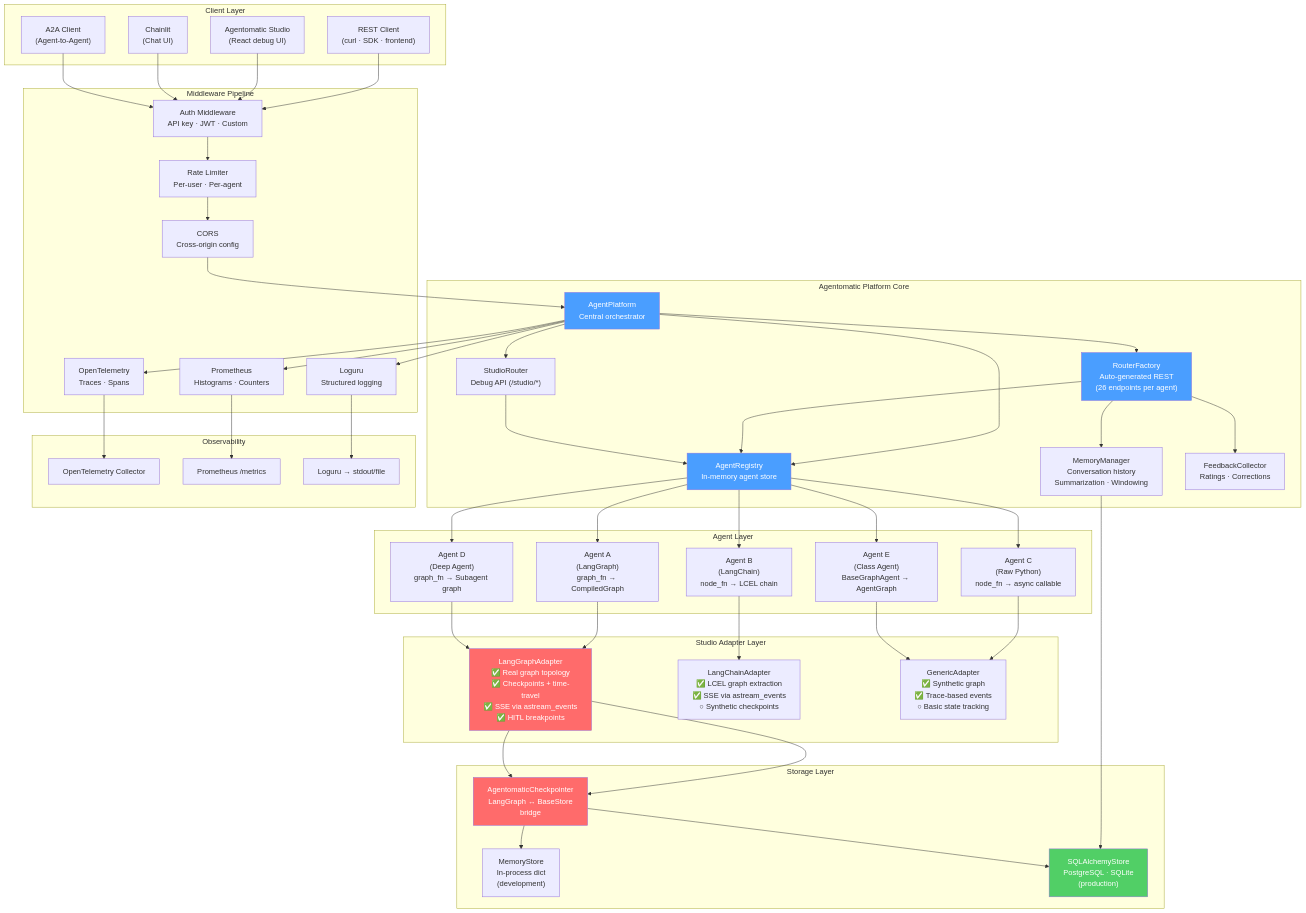
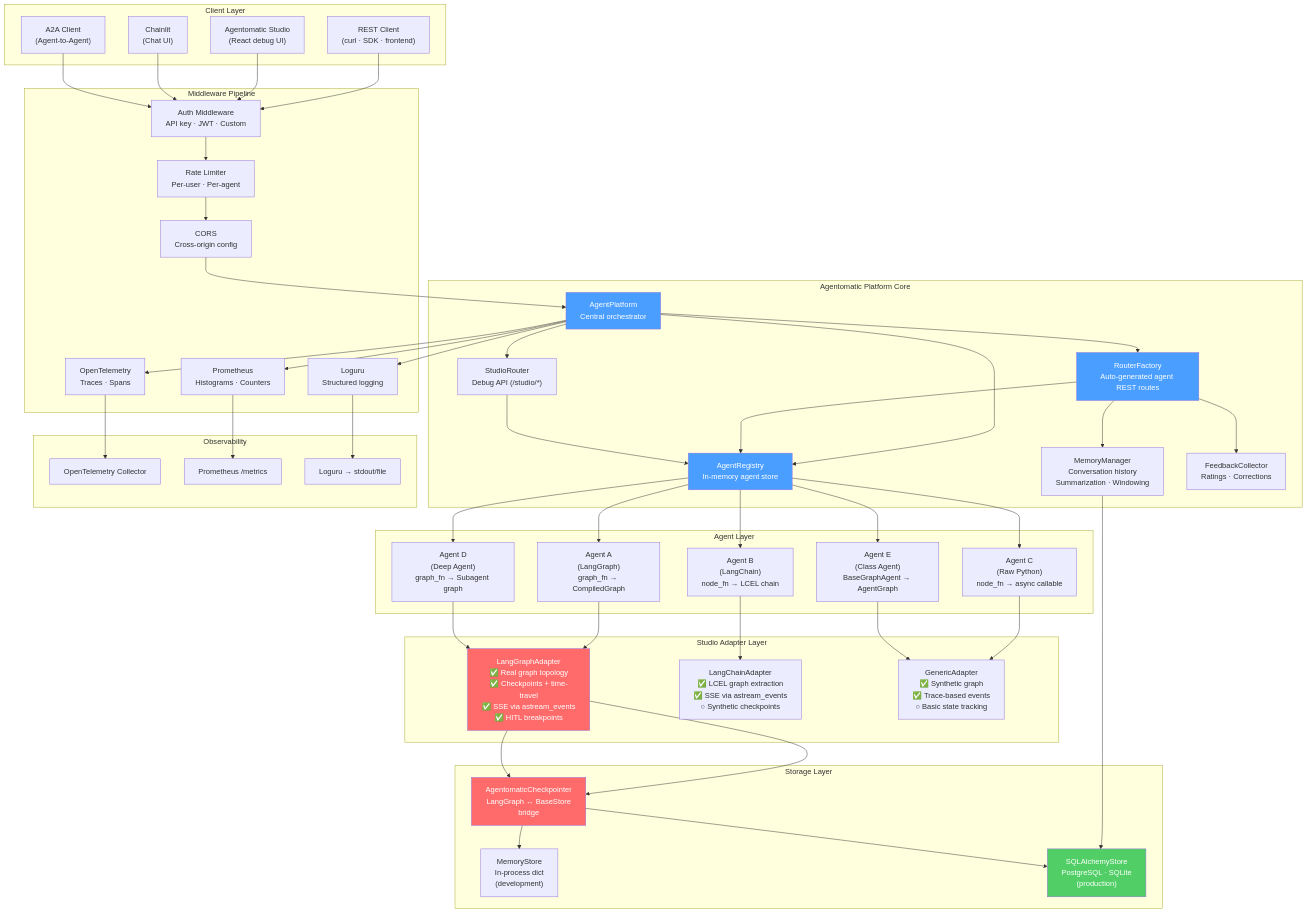
Before and after one commit to UnicoLab/agentomatic: the first of 10 diagrams in docs/architecture/overview.md, drawn with Mermaid. The commit also changed other lines of this file and 15 other files, not shown here.

```diff
--- a/docs/architecture/overview.md
+++ b/docs/architecture/overview.md
@@ -27,7 +27,7 @@
     subgraph "Agentomatic Platform Core"
         AP["AgentPlatform\nCentral orchestrator"]
         REG["AgentRegistry\nIn-memory agent store"]
-        RF["RouterFactory\nAuto-generated REST\n(26 endpoints per agent)"]
+        RF["RouterFactory\nAuto-generated agent REST routes"]
         SR["StudioRouter\nDebug API (/studio/*)"]
         MM["MemoryManager\nConversation history\nSummarization · Windowing"]
         FB["FeedbackCollector\nRatings · Corrections"]
```
